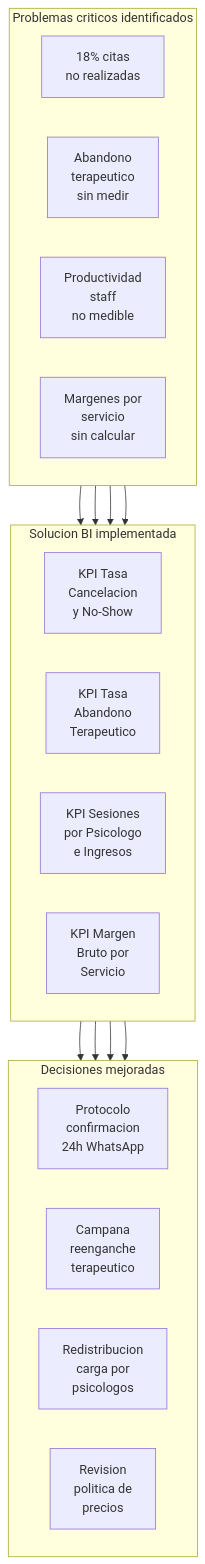
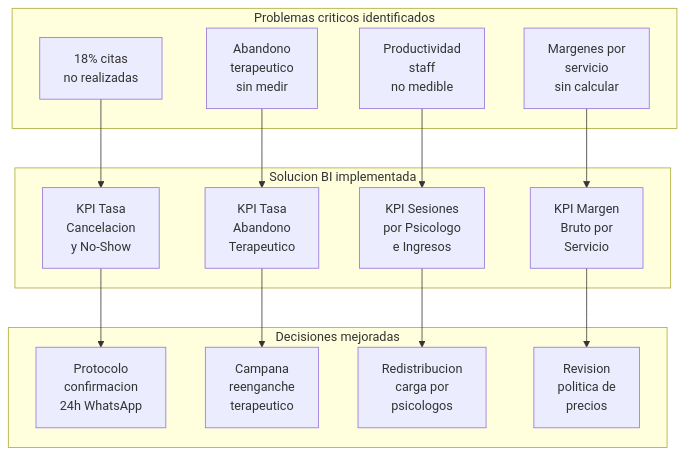
One commit to ClaudioB12/CentroPsicologico-BI changed the diagram in docs/informe/03_problema_negocio.md. Above: the diagram before and after it, drawn with Mermaid. The commit also changed 6 other files, not shown here.

Commit message:
Corrige diagramas Mermaid: reemplaza flowchart LR y direction LR por flowchart TD vertical en todos los archivos - pipeline arquitectura ahora muestra capas apiladas verticalmente

````diff
--- a/docs/informe/03_problema_negocio.md
+++ b/docs/informe/03_problema_negocio.md
@@ -28,31 +28,31 @@
 ```mermaid
 flowchart TD
   subgraph PROBLEMAS["Problemas criticos identificados"]
-    direction LR
+
     P1["18% citas\nno realizadas"]
     P2["Abandono\nterapeutico\nsin medir"]
     P3["Productividad\nstaff\nno medible"]
     P4["Margenes por\nservicio\nsin calcular"]
   end
 
   subgraph SOLUCION["Solucion BI implementada"]
-    direction LR
+
     S1["KPI Tasa\nCancelacion\ny No-Show"]
     S2["KPI Tasa\nAbandono\nTerapeutico"]
     S3["KPI Sesiones\npor Psicologo\ne Ingresos"]
     S4["KPI Margen\nBruto por\nServicio"]
   end
 
   subgraph DECISION["Decisiones mejoradas"]
-    direction LR
+
     D1["Protocolo\nconfirmacion\n24h WhatsApp"]
     D2["Campana\nreenganche\nterapeutico"]
     D3["Redistribucion\ncarga por\npsicologos"]
     D4["Revision\npolitica de\nprecios"]
   end
 
   P1 --> S1 --> D1
   P2 --> S2 --> D2
   P3 --> S3 --> D3
   P4 --> S4 --> D4
 ```
````
